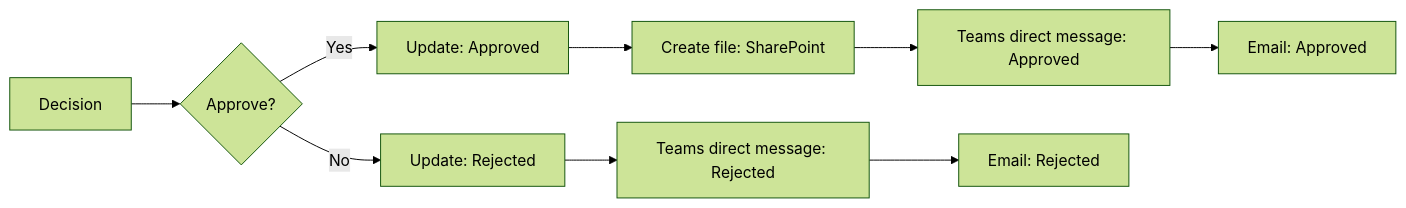
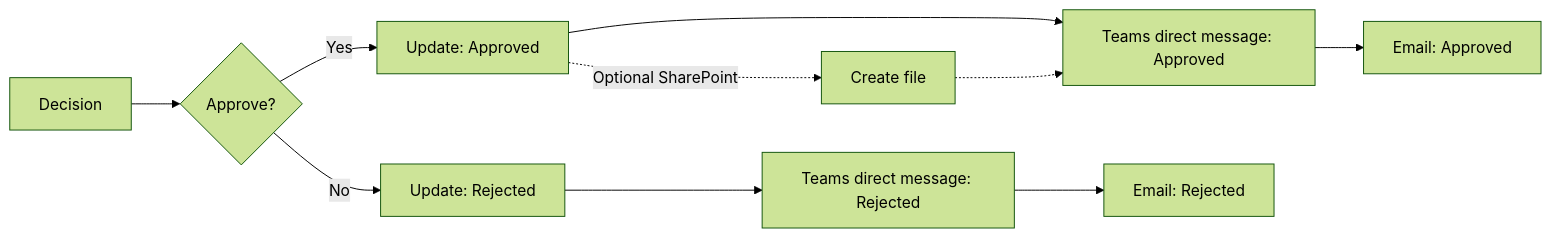
The diagram in docs/exercises/08-notify-requester-in-teams.md (teerasej/cpall-gosoft-power-automate-2026), drawn with Mermaid (forest theme) before and after one commit. The commit also changed other lines of this file and 13 other files, not shown here.

Commit message:
Make SharePoint an optional Day 1 extension

````diff
--- a/docs/exercises/08-notify-requester-in-teams.md
+++ b/docs/exercises/08-notify-requester-in-teams.md
@@ -21,11 +21,12 @@
 ```mermaid
 flowchart LR
     A["Decision"] --> B{"Approve?"}
     B -->|Yes| C["Update: Approved"]
     B -->|No| D["Update: Rejected"]
-    C --> S["Create file: SharePoint"]
-    S --> E["Teams direct message: Approved"]
+    C --> E["Teams direct message: Approved"]
+    C -. Optional SharePoint .-> S["Create file"]
+    S -.-> E
     D --> F["Teams direct message: Rejected"]
     E --> G["Email: Approved"]
     F --> H["Email: Rejected"]
 ```
````
